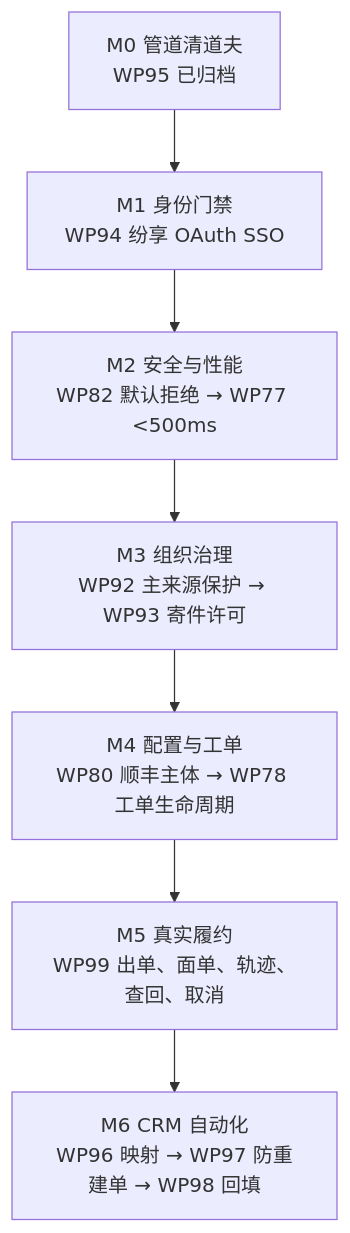
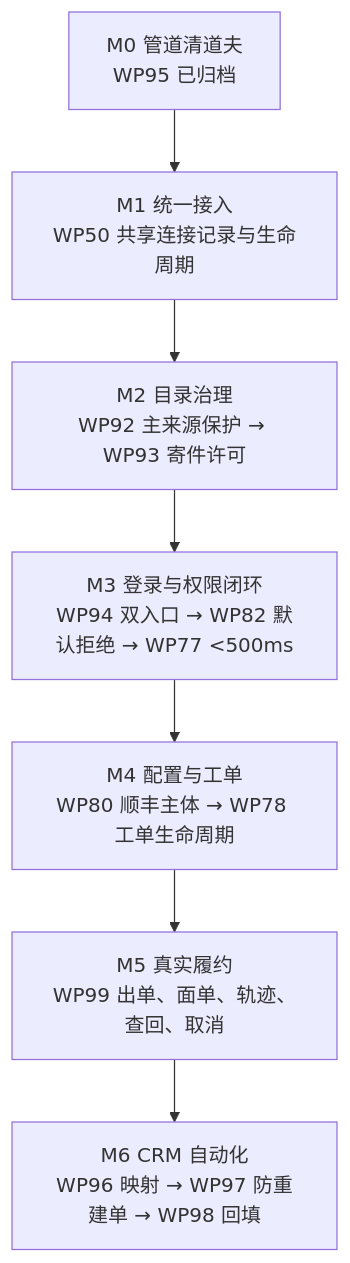
The diagram in governance/runtime-state/main-chain-governance-charter.md (ChenYuan-Eoin/cyanlog-sales-v3), drawn with Mermaid before and after one commit. The commit also changed other lines of this file and 41 other files, not shown here.

````diff
--- a/governance/runtime-state/main-chain-governance-charter.md
+++ b/governance/runtime-state/main-chain-governance-charter.md
@@ -52,9 +52,9 @@
 ```mermaid
 flowchart TD
-    M0[M0 管道清道夫<br/>WP95 已归档] --> M1[M1 身份门禁<br/>WP94 纷享 OAuth SSO]
-    M1 --> M2[M2 安全与性能<br/>WP82 默认拒绝 → WP77 <500ms]
-    M2 --> M3[M3 组织治理<br/>WP92 主来源保护 → WP93 寄件许可]
+    M0[M0 管道清道夫<br/>WP95 已归档] --> M1[M1 统一接入<br/>WP50 共享连接记录与生命周期]
+    M1 --> M2[M2 目录治理<br/>WP92 主来源保护 → WP93 寄件许可]
+    M2 --> M3[M3 登录与权限闭环<br/>WP94 双入口 → WP82 默认拒绝 → WP77 <500ms]
     M3 --> M4[M4 配置与工单<br/>WP80 顺丰主体 → WP78 工单生命周期]
     M4 --> M5[M5 真实履约<br/>WP99 出单、面单、轨迹、查回、取消]
     M5 --> M6[M6 CRM 自动化<br/>WP96 映射 → WP97 防重建单 → WP98 回填]
 ```
````
